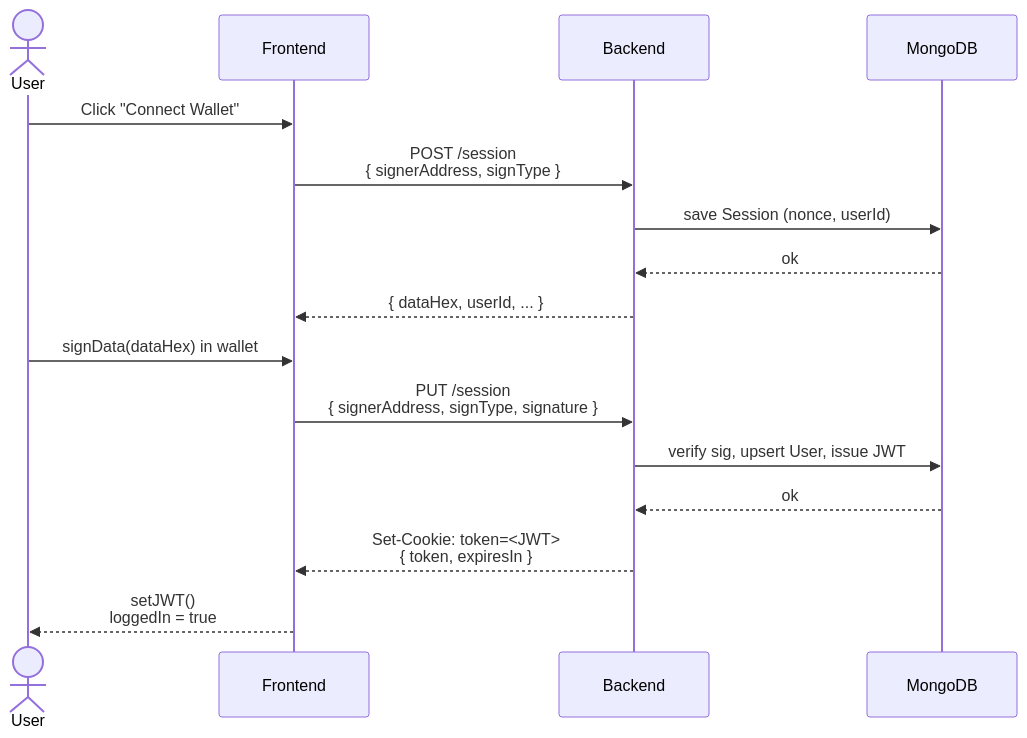
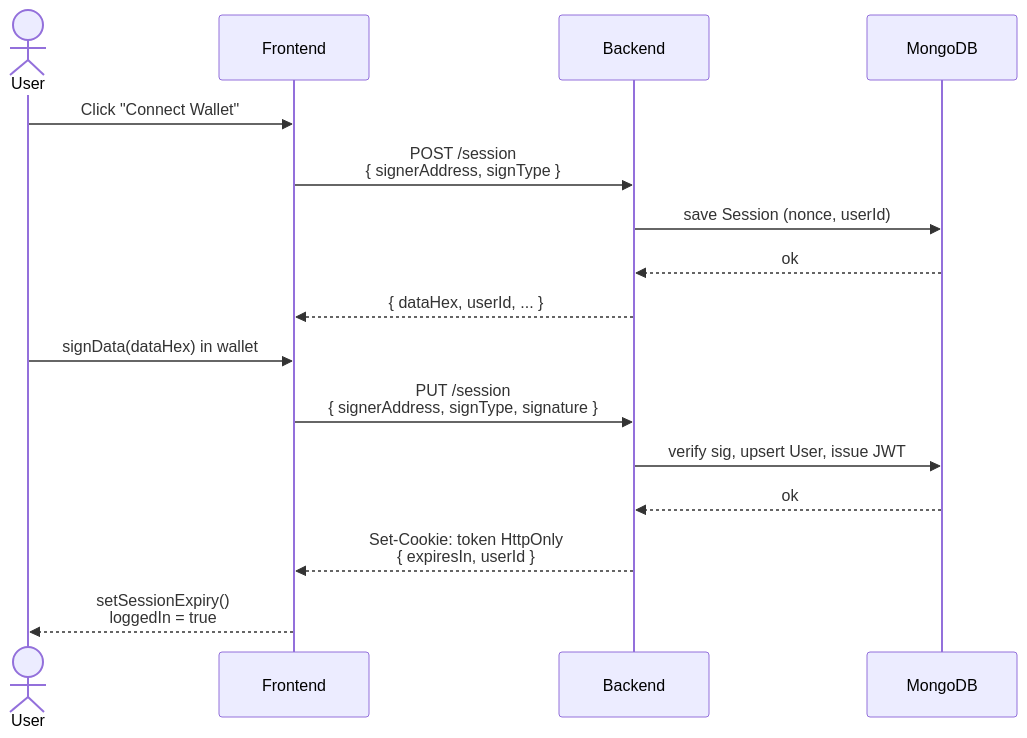
Before and after one commit to lerna-labs/ekklesia-proposal-module: the third of 5 diagrams in docs/system-architecture.md, drawn with Mermaid. The commit also changed other lines of this file and 16 other files, not shown here.

````diff
--- a/docs/system-architecture.md
+++ b/docs/system-architecture.md
@@ -357,19 +358,19 @@
 ```mermaid
 sequenceDiagram
     actor User
     participant Frontend
     participant Backend
     participant MongoDB
 
     User->>Frontend: Click "Connect Wallet"
     Frontend->>Backend: POST /session<br/>{ signerAddress, signType }
     Backend->>MongoDB: save Session (nonce, userId)
     MongoDB-->>Backend: ok
     Backend-->>Frontend: { dataHex, userId, ... }
     User->>Frontend: signData(dataHex) in wallet
     Frontend->>Backend: PUT /session<br/>{ signerAddress, signType, signature }
     Backend->>MongoDB: verify sig, upsert User, issue JWT
     MongoDB-->>Backend: ok
-    Backend-->>Frontend: Set-Cookie: token=<JWT><br/>{ token, expiresIn }
-    Frontend-->>User: setJWT()<br />loggedIn = true
+    Backend-->>Frontend: Set-Cookie: token HttpOnly<br/>{ expiresIn, userId }
+    Frontend-->>User: setSessionExpiry()<br />loggedIn = true
 ```
````
